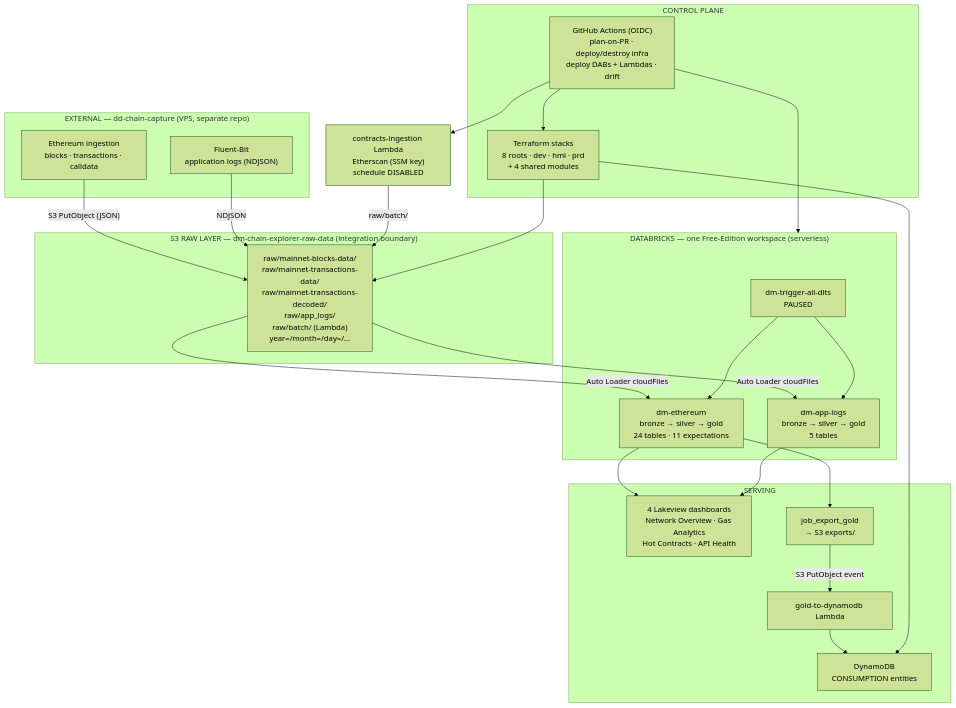
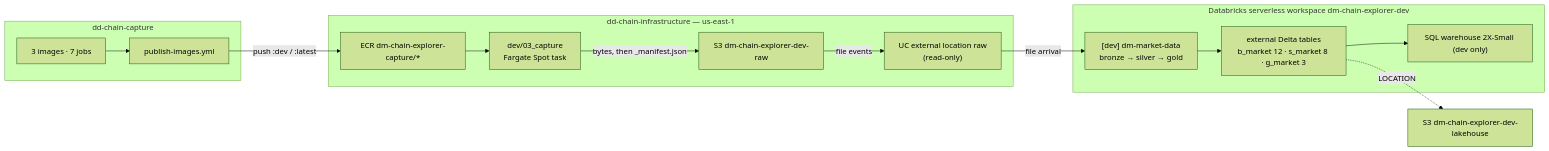
One commit to marcoaureliomenezes/dd_chain_explorer changed the first of 2 diagrams in specs/memory/architecture.md. Above: the diagram before and after it, drawn with Mermaid (forest theme). The commit also changed other lines of this file and 11 other files, not shown here.

````diff
--- a/specs/memory/architecture.md
+++ b/specs/memory/architecture.md
@@ -53,49 +53,18 @@
 ```mermaid
-flowchart TD
-  subgraph EXT ["EXTERNAL — dd-chain-capture (VPS, separate repo)"]
-    CAP["Ethereum ingestion<br/>blocks · transactions · calldata"]
-    FB["Fluent-Bit<br/>application logs (NDJSON)"]
+flowchart LR
+  subgraph CAP ["dd-chain-capture"]
+    SRC["3 images · 7 jobs"] --> PUB["publish-images.yml"]
   end
-
-  subgraph S3RAW ["S3 RAW LAYER — dm-chain-explorer-raw-data (integration boundary)"]
-    S3["raw/mainnet-blocks-data/<br/>raw/mainnet-transactions-data/<br/>raw/mainnet-transactions-decoded/<br/>raw/app_logs/<br/>raw/batch/ (Lambda)<br/>year=/month=/day=/…"]
+  PUB -->|"push :dev / :latest"| ECR["ECR dm-chain-explorer-capture/*"]
+  subgraph INFRA ["dd-chain-infrastructure — us-east-1"]
+    ECR --> RUN["dev/03_capture<br/>Fargate Spot task"]
+    RUN -->|"bytes, then _manifest.json"| RAW["S3 dm-chain-explorer-dev-raw"]
+    RAW -->|"file events"| UC["UC external location raw<br/>(read-only)"]
   end
-
-  subgraph DBX ["DATABRICKS — one Free-Edition workspace (serverless)"]
-    TRIG["dm-trigger-all-dlts<br/>PAUSED"]
-    PIPE1["dm-ethereum<br/>bronze → silver → gold<br/>24 tables · 11 expectations"]
-    PIPE2["dm-app-logs<br/>bronze → silver → gold<br/>5 tables"]
+  subgraph DBX ["Databricks serverless workspace dm-chain-explorer-dev"]
+    UC -->|"file arrival"| JOB["[dev] dm-market-data<br/>bronze → silver → gold"]
+    JOB --> LAKE["external Delta tables<br/>b_market 12 · s_market 8 · g_market 3"]
+    LAKE --> WH["SQL warehouse 2X-Small (dev only)"]
   end
-
-  subgraph SERVE ["SERVING"]
-    DASH["4 Lakeview dashboards<br/>Network Overview · Gas Analytics<br/>Hot Contracts · API Health"]
-    EXP["job_export_gold<br/>→ S3 exports/"]
-    LMB["gold-to-dynamodb Lambda"]
-    DDB["DynamoDB<br/>CONSUMPTION entities"]
-  end
-
-  subgraph CTRL ["CONTROL PLANE"]
-    TF["Terraform stacks<br/>8 roots · dev · hml · prd<br/>+ 4 shared modules"]
-    CI["GitHub Actions (OIDC)<br/>plan-on-PR · deploy/destroy infra<br/>deploy DABs + Lambdas · drift"]
-  end
-
-  LAMBDA["contracts-ingestion Lambda<br/>Etherscan (SSM key)<br/>schedule DISABLED"]
-
-  CAP -->|"S3 PutObject (JSON)"| S3
-  FB -->|"NDJSON"| S3
-  LAMBDA -->|"raw/batch/"| S3
-  S3 -->|"Auto Loader cloudFiles"| PIPE1
-  S3 -->|"Auto Loader cloudFiles"| PIPE2
-  TRIG --> PIPE1
-  TRIG --> PIPE2
-  PIPE1 --> DASH
-  PIPE2 --> DASH
-  PIPE1 --> EXP
-  EXP -->|"S3 PutObject event"| LMB
-  LMB --> DDB
-  CI --> TF
-  CI --> DBX
-  CI --> LAMBDA
-  TF --> S3
-  TF --> DDB
+  LAKE -.->|"LOCATION"| LB["S3 dm-chain-explorer-dev-lakehouse"]
 ```
````
